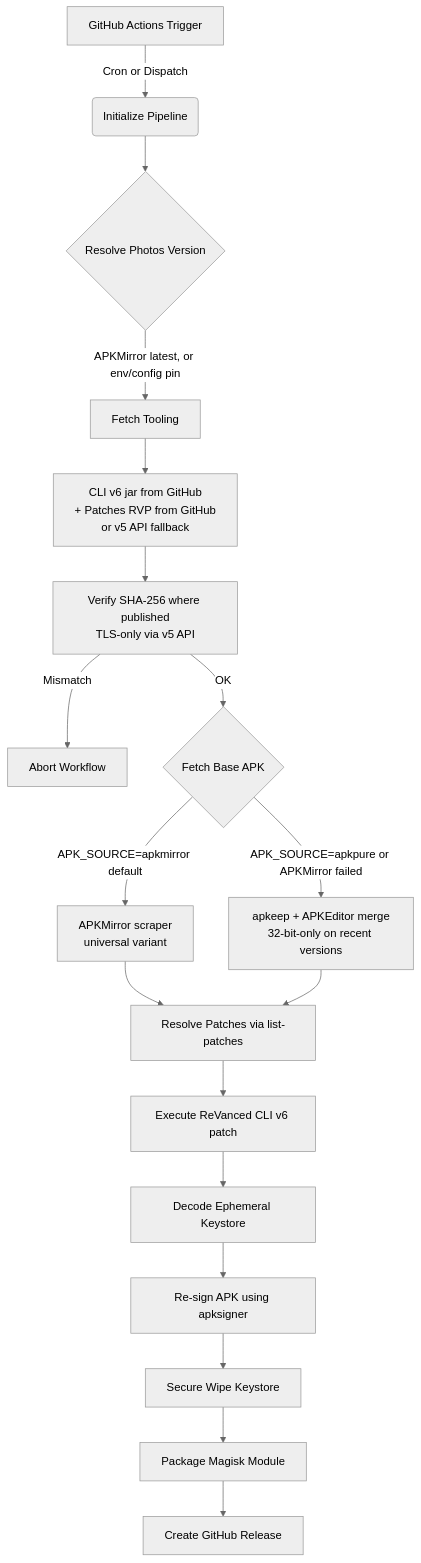
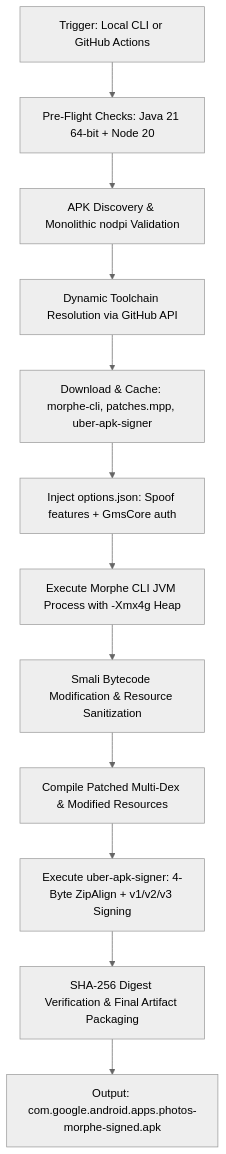
The first of 2 diagrams in docs/architecture.md (staneswilson/revanced-photos), drawn with Mermaid (neutral theme) before and after one commit. The commit also changed other lines of this file and 11 other files, not shown here.

Commit message:
chore: migrate release workflow to Morphe pipeline

````diff
--- a/docs/architecture.md
+++ b/docs/architecture.md
@@ -7,20 +9,14 @@
 ```mermaid
 graph TD
-    A[GitHub Actions Trigger] -->|Cron or Dispatch| B(Initialize Pipeline)
-    B --> C{Resolve Photos Version}
-    C -->|APKMirror latest, or env/config pin| D[Fetch Tooling]
-    D --> E[CLI v6 jar from GitHub<br/>+ Patches RVP from GitHub<br/>or v5 API fallback]
-    E --> F[Verify SHA-256 where published<br/>TLS-only via v5 API]
-    F -->|Mismatch| G[Abort Workflow]
-    F -->|OK| H{Fetch Base APK}
-    H -->|APK_SOURCE=apkmirror default| H1[APKMirror scraper<br/>universal variant]
-    H -->|APK_SOURCE=apkpure or APKMirror failed| H2[apkeep + APKEditor merge<br/>32-bit-only on recent versions]
-    H1 --> I[Resolve Patches via list-patches]
-    H2 --> I
-    I --> J[Execute ReVanced CLI v6 patch]
-    J --> K[Decode Ephemeral Keystore]
-    K --> L[Re-sign APK using apksigner]
-    L --> M[Secure Wipe Keystore]
-    M --> N[Package Magisk Module]
-    N --> O[Create GitHub Release]
+    A[Trigger: Local CLI or GitHub Actions] --> B[Pre-Flight Checks: Java 21 64-bit + Node 20]
+    B --> C[APK Discovery & Monolithic nodpi Validation]
+    C --> D[Dynamic Toolchain Resolution via GitHub API]
+    D --> E[Download & Cache: morphe-cli, patches.mpp, uber-apk-signer]
+    E --> F[Inject options.json: Spoof features + GmsCore auth]
+    F --> G[Execute Morphe CLI JVM Process with -Xmx4g Heap]
+    G --> H[Smali Bytecode Modification & Resource Sanitization]
+    H --> I[Compile Patched Multi-Dex & Modified Resources]
+    I --> J[Execute uber-apk-signer: 4-Byte ZipAlign + v1/v2/v3 Signing]
+    J --> K[SHA-256 Digest Verification & Final Artifact Packaging]
+    K --> L[Output: com.google.android.apps.photos-morphe-signed.apk]
 ```
````
